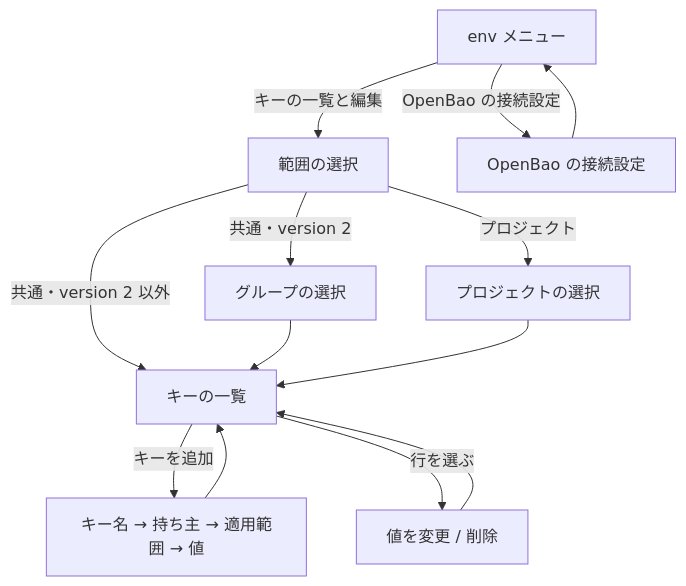
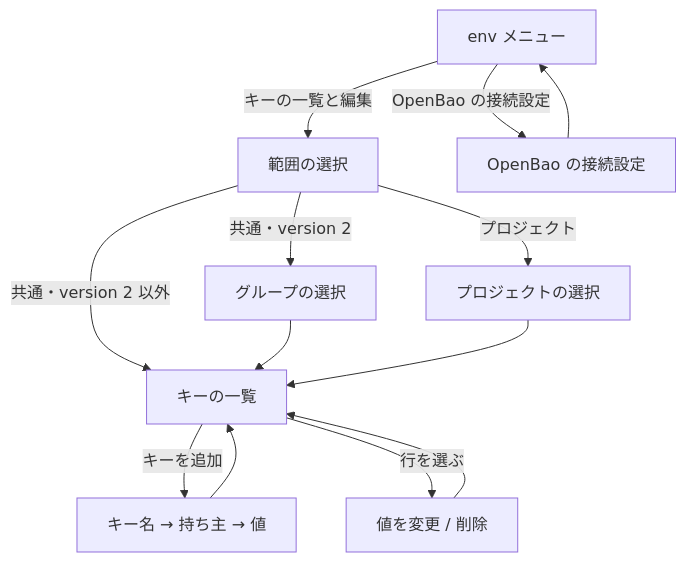
Before and after one commit to devbasex/devbase: the third of 4 diagrams in docs/specifications/secret-backend.md, drawn with Mermaid. The commit also changed other lines of this file and 13 other files, not shown here.

````diff
--- a/docs/specifications/secret-backend.md
+++ b/docs/specifications/secret-backend.md
@@ -237,15 +235,15 @@
 ```mermaid
 graph TD
     ENV[env メニュー] -->|キーの一覧と編集| SC[範囲の選択]
     SC -->|共通・version 2| GR[グループの選択]
     SC -->|共通・version 2 以外| LS[キーの一覧]
     GR --> LS
     SC -->|プロジェクト| PJ[プロジェクトの選択]
     PJ --> LS
-    LS -->|キーを追加| AD[キー名 → 持ち主 → 適用範囲 → 値]
+    LS -->|キーを追加| AD[キー名 → 持ち主 → 値]
     LS -->|行を選ぶ| RO[値を変更 / 削除]
     AD --> LS
     RO --> LS
     ENV -->|OpenBao の接続設定| OB[OpenBao の接続設定]
     OB --> ENV
 ```
````
